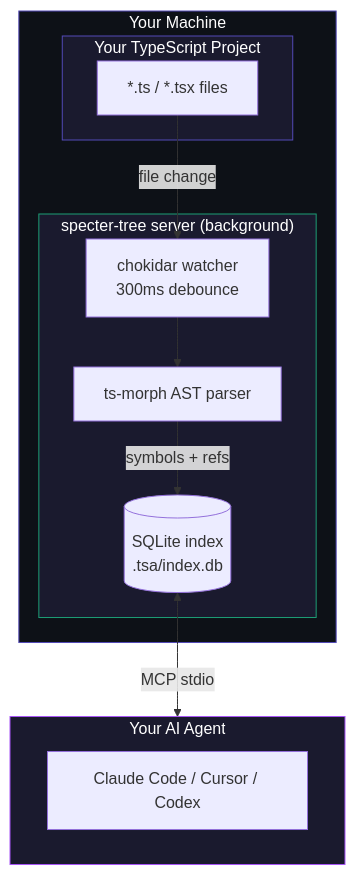
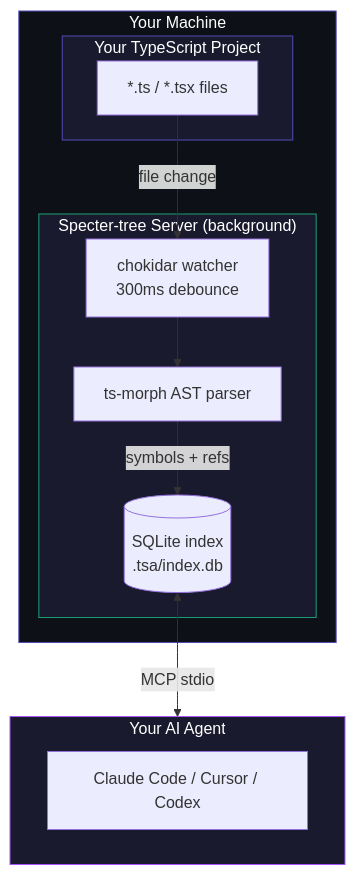
Before and after one commit to DinoQuinten/specter-tree: the first of 2 diagrams in README.md, drawn with Mermaid. The commit also changed other lines of this file, not shown here.

````diff
--- a/README.md
+++ b/README.md
@@ -193,28 +218,28 @@
 ```mermaid
 flowchart TB
     subgraph YourMachine["Your Machine"]
         subgraph Project["Your TypeScript Project"]
             FS["*.ts / *.tsx files"]
         end
 
-        subgraph Server["specter-tree server (background)"]
+        subgraph Server["Specter-tree Server (background)"]
             CK["chokidar watcher\n300ms debounce"]
             PM["ts-morph AST parser"]
             DB[("SQLite index\n.tsa/index.db")]
         end
     end
 
     subgraph Agent["Your AI Agent"]
         CC["Claude Code / Cursor / Codex"]
     end
 
     FS -->|file change| CK
     CK --> PM
     PM -->|symbols + refs| DB
     DB <-->|MCP stdio| Agent
 
     style YourMachine fill:#0d1117,stroke:#534AB7,color:#fff
     style Project fill:#1a1a2e,stroke:#534AB7,color:#fff
     style Server fill:#1a1a2e,stroke:#1D9E75,color:#fff
     style Agent fill:#1a1a2e,stroke:#a855f7,color:#fff
 ```
````
